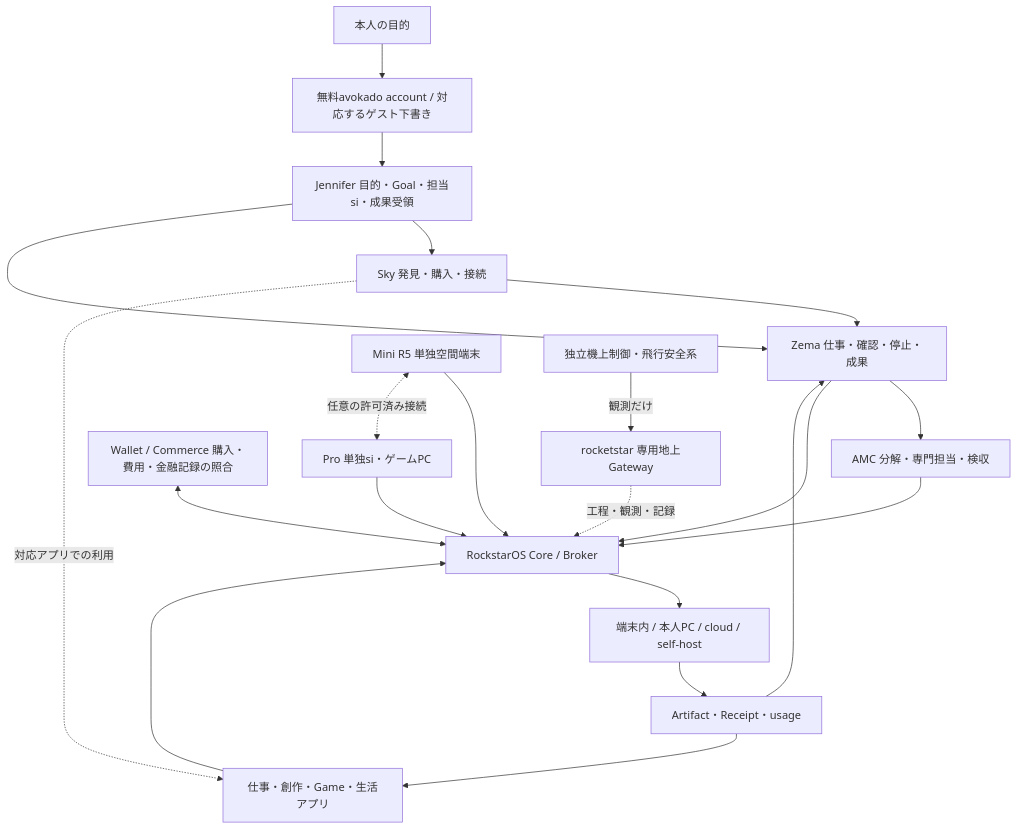
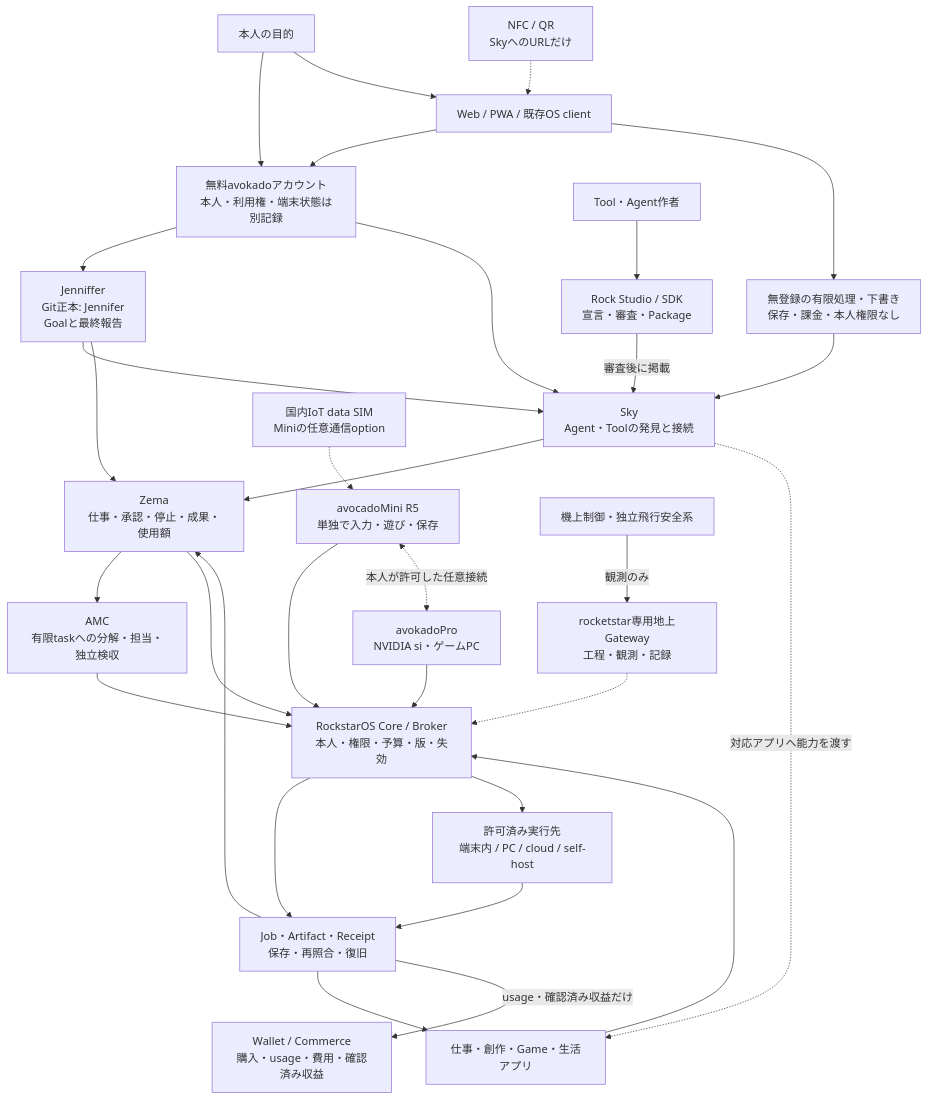
Before and after one commit to k999ln/rock: the first of 3 diagrams in docs/rockstaros-product-system-map.md, drawn with Mermaid. The commit also changed other lines of this file and 4 other files, not shown here.

Commit message:
docs: map complete RockstarOS system and agent paths

````diff
--- a/docs/rockstaros-product-system-map.md
+++ b/docs/rockstaros-product-system-map.md
@@ -13,23 +15,33 @@
 ```mermaid
 flowchart TB
-  U[本人の目的] --> ACCOUNT[無料avokado account / 対応するゲスト下書き]
-  ACCOUNT --> JENNIFER[Jennifer 目的・Goal・担当si・成果受領]
-  JENNIFER --> SKY[Sky 発見・購入・接続]
-  JENNIFER --> ZEMA
-  SKY --> ZEMA[Zema 仕事・確認・停止・成果]
-  SKY -. 対応アプリでの利用 .-> APP[仕事・創作・Game・生活アプリ]
-  ZEMA --> AMC[AMC 分解・専門担当・検収]
-  AMC --> CORE[RockstarOS Core / Broker]
-  ZEMA --> CORE
-  APP --> CORE
-  CORE --> EXEC[端末内 / 本人PC / cloud / self-host]
-  EXEC --> RESULT[Artifact・Receipt・usage]
-  RESULT --> ZEMA
-  RESULT --> APP
-  WALLET[Wallet / Commerce 購入・費用・金融記録の照合] <--> CORE
-  MINI[Mini R5 単独空間端末] --> CORE
-  PRO[Pro 単独si・ゲームPC] --> CORE
-  MINI <-. 任意の許可済み接続 .-> PRO
-  RS[rocketstar 専用地上Gateway] -. 工程・観測・記録 .-> CORE
-  FLIGHT[独立機上制御・飛行安全系] -->|観測だけ| RS
+  U["本人の目的"] --> ACCOUNT["無料avokadoアカウント<br/>本人・利用権・端末状態は別記録"]
+  U --> WEB["Web / PWA / 既存OS client"]
+  WEB --> ACCOUNT
+  WEB --> GUEST["無登録の有限処理・下書き<br/>保存・課金・本人権限なし"]
+  NFC["NFC / QR<br/>SkyへのURLだけ"] -.-> WEB
+  ACCOUNT --> J["Jenniffer<br/>Git正本: Jennifer<br/>Goalと最終報告"]
+  ACCOUNT --> SKY["Sky<br/>Agent・Toolの発見と接続"]
+  GUEST --> SKY
+  J --> SKY
+  J --> Z["Zema<br/>仕事・承認・停止・成果・使用額"]
+  SKY --> Z
+  Z --> AMC["AMC<br/>有限taskへの分解・担当・独立検収"]
+  Z --> CORE["RockstarOS Core / Broker<br/>本人・権限・予算・版・失効"]
+  AMC --> CORE
+  SKY -. "対応アプリへ能力を渡す" .-> APPS["仕事・創作・Game・生活アプリ"]
+  APPS --> CORE
+  CORE --> JOB["Job・Artifact・Receipt<br/>保存・再照合・復旧"]
+  CORE --> RUN["許可済み実行先<br/>端末内 / PC / cloud / self-host"]
+  RUN --> JOB
+  JOB --> Z
+  JOB --> APPS
+  JOB -->|"usage・確認済み収益だけ"| WALLET["Wallet / Commerce<br/>購入・usage・費用・確認済み収益"]
+  AUTHOR["Tool・Agent作者"] --> STUDIO["Rock Studio / SDK<br/>宣言・審査・Package"]
+  STUDIO -->|"審査後に掲載"| SKY
+  MINI["avocadoMini R5<br/>単独で入力・遊び・保存"] --> CORE
+  PRO["avokadoPro<br/>NVIDIA si・ゲームPC"] --> CORE
+  MINI <-. "本人が許可した任意接続" .-> PRO
+  SIM["国内IoT data SIM<br/>Miniの任意通信option"] -.-> MINI
+  RS["rocketstar専用地上Gateway<br/>工程・観測・記録"] -.-> CORE
+  FLIGHT["機上制御・独立飛行安全系"] -->|"観測のみ"| RS
 ```
````
